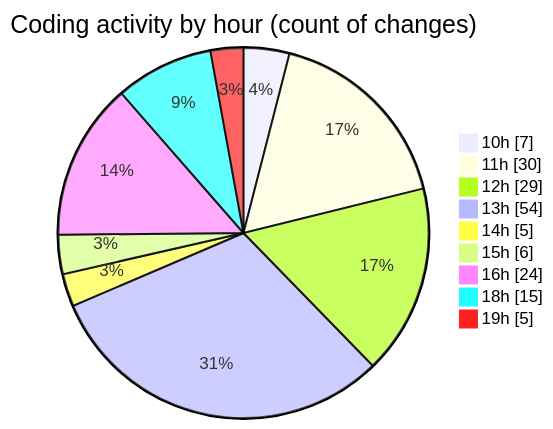
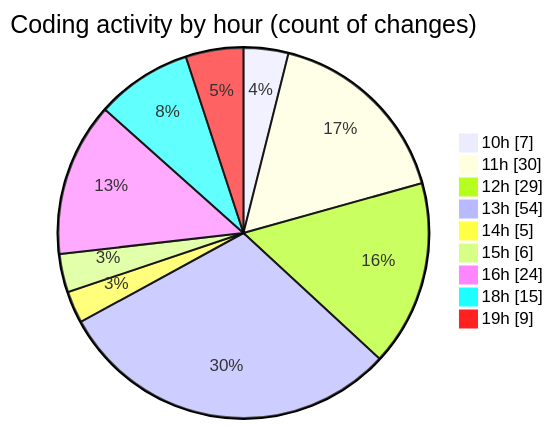
The second of 2 diagrams in 2025-06-26/cda/README.md (momahboobian/code-tracking), drawn with Mermaid before and after one commit. The commit also changed other lines of this file and 1 other file, not shown here.

````diff
--- a/2025-06-26/cda/README.md
+++ b/2025-06-26/cda/README.md
@@ -44,13 +44,13 @@
 ```mermaid
 pie showData
 title Coding activity by hour (count of changes)
 "10h" : 7
 "11h" : 30
 "12h" : 29
 "13h" : 54
 "14h" : 5
 "15h" : 6
 "16h" : 24
 "18h" : 15
-"19h" : 5
+"19h" : 9
 ```
````
